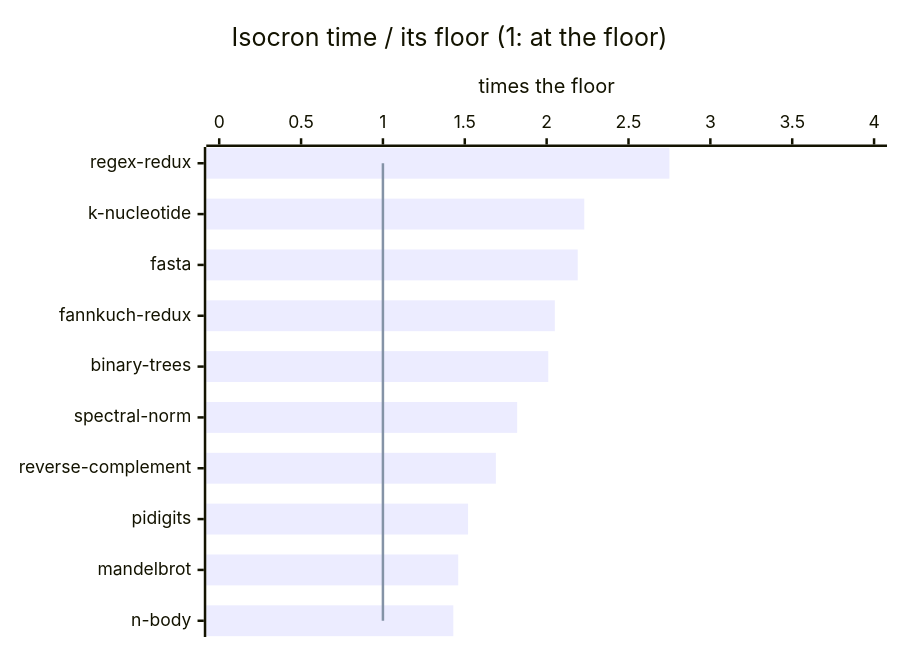
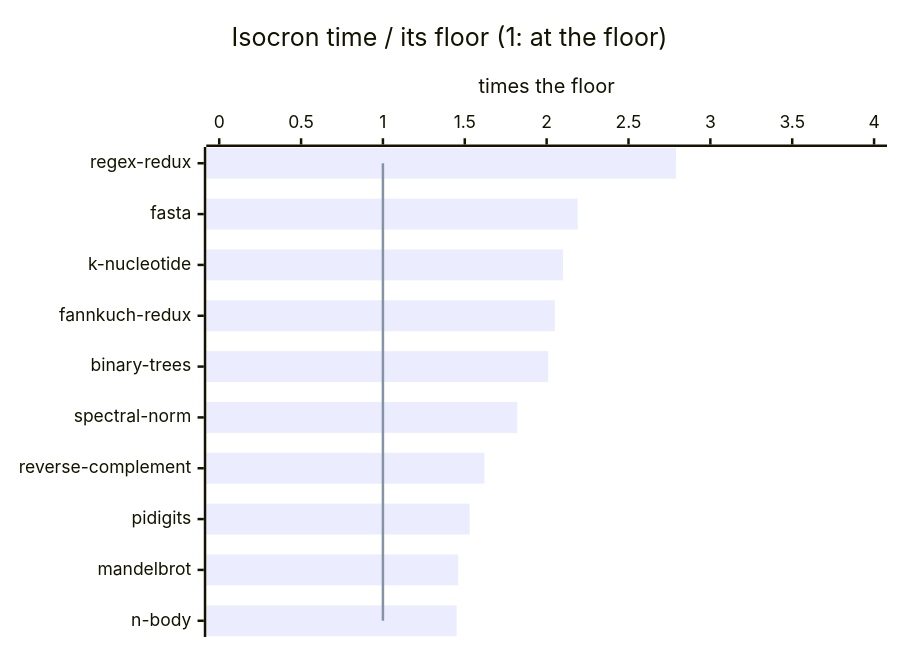
One commit to jbillard/isocron changed the diagram in results/floors.md. Above: the diagram before and after it, drawn with Mermaid. The commit also changed other lines of this file and 7 other files, not shown here.

Commit message:
The Benchmarks Game measured again at 7e6645c: the fastest on 10 of 10, k-nucleotide 607 to 571 ms, n-body 1882 to 1903 ms against C 1945; the programs linked with the module of the prelude as a user's are (D618)

````diff
--- a/results/floors.md
+++ b/results/floors.md
@@ -36,8 +36,8 @@
 ```mermaid
 xychart-beta horizontal
     title "Isocron time / its floor (1: at the floor)"
-    x-axis ["regex-redux", "k-nucleotide", "fasta", "fannkuch-redux", "binary-trees", "spectral-norm", "reverse-complement", "pidigits", "mandelbrot", "n-body"]
+    x-axis ["regex-redux", "fasta", "k-nucleotide", "fannkuch-redux", "binary-trees", "spectral-norm", "reverse-complement", "pidigits", "mandelbrot", "n-body"]
     y-axis "times the floor" 0 --> 4
-    bar [2.75, 2.23, 2.19, 2.05, 2.01, 1.82, 1.69, 1.52, 1.46, 1.43]
+    bar [2.79, 2.19, 2.10, 2.05, 2.01, 1.82, 1.62, 1.53, 1.46, 1.45]
     line [1.00, 1.00, 1.00, 1.00, 1.00, 1.00, 1.00, 1.00, 1.00, 1.00]
 ```
````
